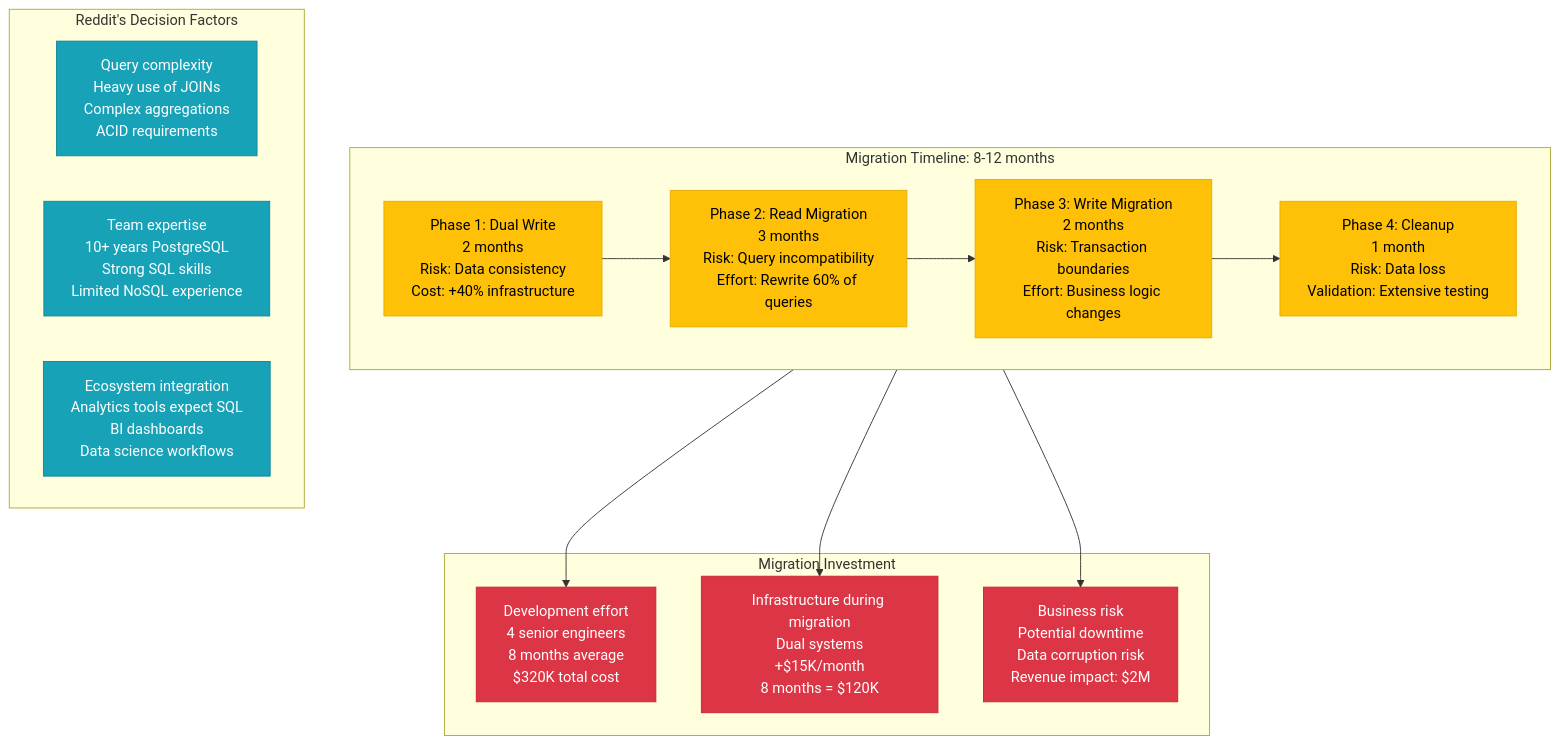
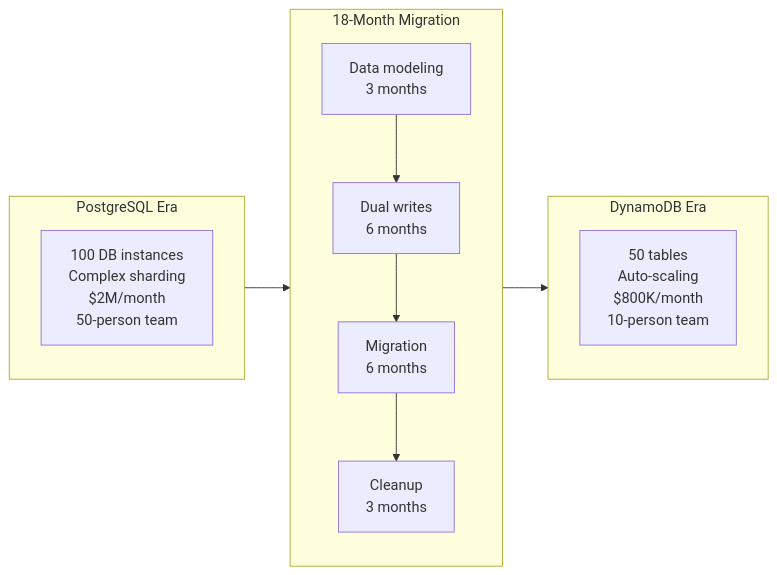
The fifth of 9 diagrams in site/docs/comparisons/postgresql-vs-dynamodb.md (deepaucksharma/DS), drawn with Mermaid before and after one commit. The commit also changed other lines of this file and 5 other files, not shown here.

````diff
--- a/site/docs/comparisons/postgresql-vs-dynamodb.md
+++ b/site/docs/comparisons/postgresql-vs-dynamodb.md
@@ -258,37 +155,23 @@
 ```mermaid
-graph TB
-    subgraph MigrationPhases[Migration Timeline: 8-12 months]
-        PHASE1[Phase 1: Dual Write<br/>2 months<br/>Risk: Data consistency<br/>Cost: +40% infrastructure]
-        PHASE2[Phase 2: Read Migration<br/>3 months<br/>Risk: Query incompatibility<br/>Effort: Rewrite 60% of queries]
-        PHASE3[Phase 3: Write Migration<br/>2 months<br/>Risk: Transaction boundaries<br/>Effort: Business logic changes]
-        PHASE4[Phase 4: Cleanup<br/>1 month<br/>Risk: Data loss<br/>Validation: Extensive testing]
+graph LR
+    subgraph Before[PostgreSQL Era]
+        PG_PROBLEMS[100 DB instances<br/>Complex sharding<br/>$2M/month<br/>50-person team]
     end
 
-    subgraph MigrationCosts[Migration Investment]
-        DEV_COST[Development effort<br/>4 senior engineers<br/>8 months average<br/>$320K total cost]
-        INFRA_COST[Infrastructure during migration<br/>Dual systems<br/>+$15K/month<br/>8 months = $120K]
-        RISK_COST[Business risk<br/>Potential downtime<br/>Data corruption risk<br/>Revenue impact: $2M]
+    subgraph Migration[18-Month Migration]
+        PHASE1[Data modeling<br/>3 months]
+        PHASE2[Dual writes<br/>6 months]
+        PHASE3[Migration<br/>6 months]
+        PHASE4[Cleanup<br/>3 months]
     end
 
-    subgraph SuccessFactors[Reddit's Decision Factors]
-        COMPLEXITY[Query complexity<br/>Heavy use of JOINs<br/>Complex aggregations<br/>ACID requirements]
-        TEAM[Team expertise<br/>10+ years PostgreSQL<br/>Strong SQL skills<br/>Limited NoSQL experience]
-        ECOSYSTEM[Ecosystem integration<br/>Analytics tools expect SQL<br/>BI dashboards<br/>Data science workflows]
+    subgraph After[DynamoDB Era]
+        DDB_SUCCESS[50 tables<br/>Auto-scaling<br/>$800K/month<br/>10-person team]
     end
 
+    Before --> Migration
     PHASE1 --> PHASE2
     PHASE2 --> PHASE3
     PHASE3 --> PHASE4
-
-    MigrationPhases --> DEV_COST
-    MigrationPhases --> INFRA_COST
-    MigrationPhases --> RISK_COST
-
-    classDef phaseStyle fill:#FFC107,stroke:#e6ac00,color:#000
-    classDef costStyle fill:#DC3545,stroke:#c82333,color:#fff
-    classDef factorStyle fill:#17A2B8,stroke:#138496,color:#fff
-
-    class PHASE1,PHASE2,PHASE3,PHASE4 phaseStyle
-    class DEV_COST,INFRA_COST,RISK_COST costStyle
-    class COMPLEXITY,TEAM,ECOSYSTEM factorStyle
+    Migration --> After
 ```
````
